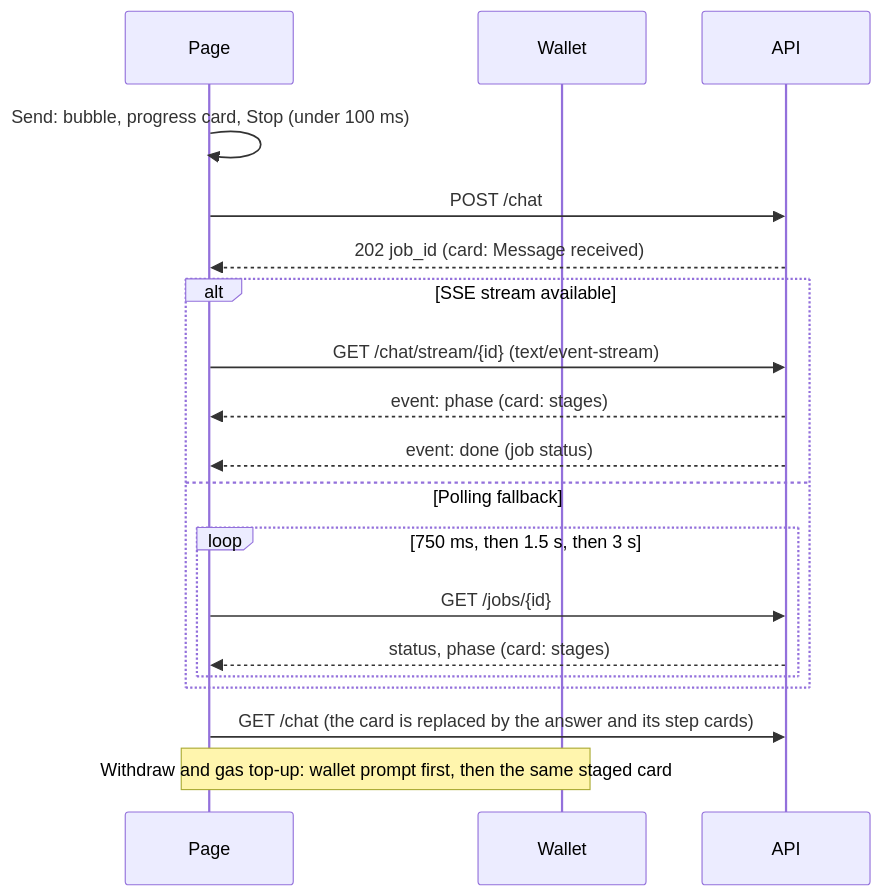
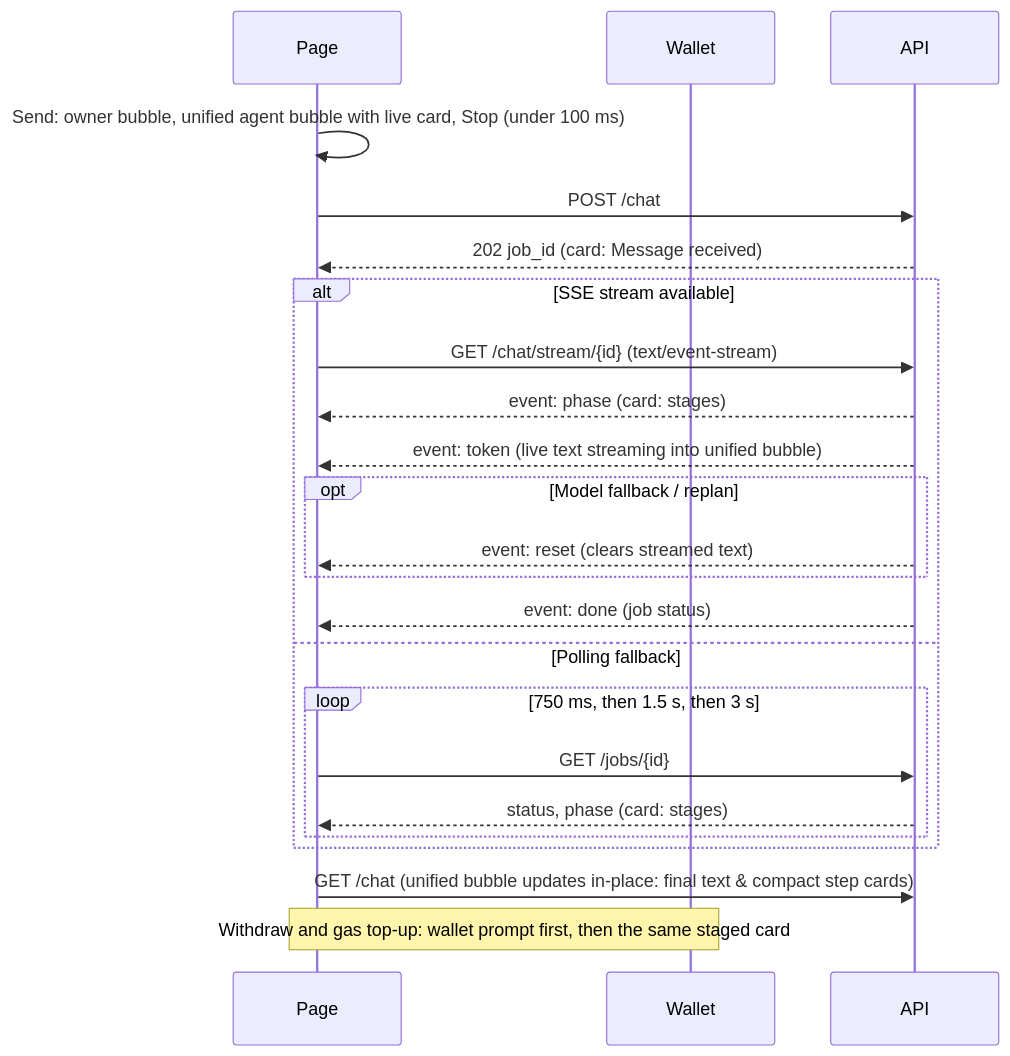
The second of 3 diagrams in docs/architecture/ui.md (thaicuong576/agent-wallet), drawn with Mermaid before and after one commit. The commit also changed other lines of this file and 13 other files, not shown here.

First line of the commit message:
feat(chat): unified agent bubble, live text streaming, clarification chips, and thread switch loading (Ticket E) (#171)

````diff
--- a/docs/architecture/ui.md
+++ b/docs/architecture/ui.md
@@ -93,21 +93,25 @@
 ```mermaid
 sequenceDiagram
   participant P as Page
   participant W as Wallet
   participant A as API
-  P->>P: Send: bubble, progress card, Stop (under 100 ms)
+  P->>P: Send: owner bubble, unified agent bubble with live card, Stop (under 100 ms)
   P->>A: POST /chat
   A-->>P: 202 job_id (card: Message received)
   alt SSE stream available
     P->>A: GET /chat/stream/{id} (text/event-stream)
     A-->>P: event: phase (card: stages)
+    A-->>P: event: token (live text streaming into unified bubble)
+    opt Model fallback / replan
+      A-->>P: event: reset (clears streamed text)
+    end
     A-->>P: event: done (job status)
   else Polling fallback
     loop 750 ms, then 1.5 s, then 3 s
       P->>A: GET /jobs/{id}
       A-->>P: status, phase (card: stages)
     end
   end
-  P->>A: GET /chat (the card is replaced by the answer and its step cards)
+  P->>A: GET /chat (unified bubble updates in-place: final text & compact step cards)
   Note over P,W: Withdraw and gas top-up: wallet prompt first, then the same staged card
 ```
````
